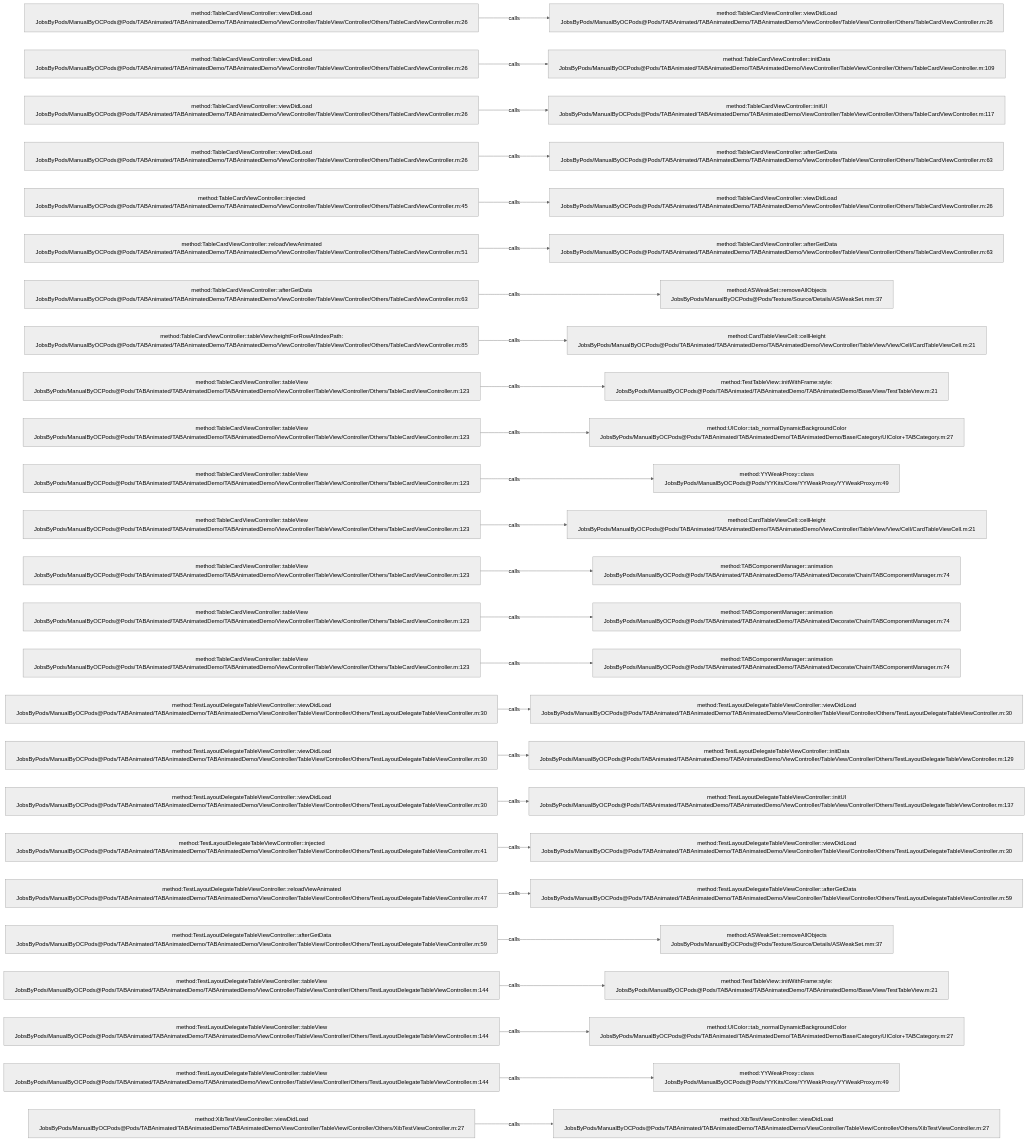
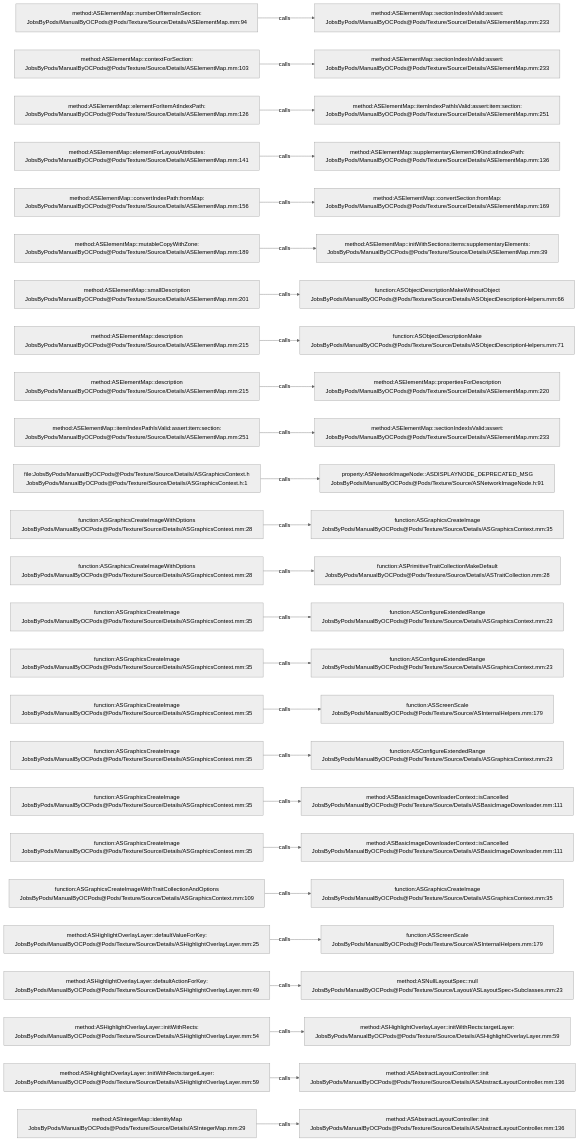
Before and after one commit to JobsKits/JobsOCBaseConfigDemo: the diagram in .codegraph/codegraph.md/graphs/calls-165.md, drawn with Mermaid (neutral theme). The commit also changed 2162 other files, not shown here.

````diff
--- a/.codegraph/codegraph.md/graphs/calls-165.md
+++ b/.codegraph/codegraph.md/graphs/calls-165.md
@@ -13,78 +13,78 @@
 ```mermaid
 flowchart LR
-  S1["method:TableCardViewController::viewDidLoad<br/>JobsByPods/ManualByOCPods@Pods/TABAnimated/TABAnimatedDemo/TABAnimatedDemo/ViewController/TableView/Controller/Others/TableCardViewController.m:26"]
-  T1["method:TableCardViewController::viewDidLoad<br/>JobsByPods/ManualByOCPods@Pods/TABAnimated/TABAnimatedDemo/TABAnimatedDemo/ViewController/TableView/Controller/Others/TableCardViewController.m:26"]
+  S1["method:ASElementMap::numberOfItemsInSection:<br/>JobsByPods/ManualByOCPods@Pods/Texture/Source/Details/ASElementMap.mm:94"]
+  T1["method:ASElementMap::sectionIndexIsValid:assert:<br/>JobsByPods/ManualByOCPods@Pods/Texture/Source/Details/ASElementMap.mm:233"]
   S1 -->|calls| T1
-  S2["method:TableCardViewController::viewDidLoad<br/>JobsByPods/ManualByOCPods@Pods/TABAnimated/TABAnimatedDemo/TABAnimatedDemo/ViewController/TableView/Controller/Others/TableCardViewController.m:26"]
-  T2["method:TableCardViewController::initData<br/>JobsByPods/ManualByOCPods@Pods/TABAnimated/TABAnimatedDemo/TABAnimatedDemo/ViewController/TableView/Controller/Others/TableCardViewController.m:109"]
+  S2["method:ASElementMap::contextForSection:<br/>JobsByPods/ManualByOCPods@Pods/Texture/Source/Details/ASElementMap.mm:103"]
+  T2["method:ASElementMap::sectionIndexIsValid:assert:<br/>JobsByPods/ManualByOCPods@Pods/Texture/Source/Details/ASElementMap.mm:233"]
   S2 -->|calls| T2
-  S3["method:TableCardViewController::viewDidLoad<br/>JobsByPods/ManualByOCPods@Pods/TABAnimated/TABAnimatedDemo/TABAnimatedDemo/ViewController/TableView/Controller/Others/TableCardViewController.m:26"]
-  T3["method:TableCardViewController::initUI<br/>JobsByPods/ManualByOCPods@Pods/TABAnimated/TABAnimatedDemo/TABAnimatedDemo/ViewController/TableView/Controller/Others/TableCardViewController.m:117"]
+  S3["method:ASElementMap::elementForItemAtIndexPath:<br/>JobsByPods/ManualByOCPods@Pods/Texture/Source/Details/ASElementMap.mm:126"]
+  T3["method:ASElementMap::itemIndexPathIsValid:assert:item:section:<br/>JobsByPods/ManualByOCPods@Pods/Texture/Source/Details/ASElementMap.mm:251"]
   S3 -->|calls| T3
-  S4["method:TableCardViewController::viewDidLoad<br/>JobsByPods/ManualByOCPods@Pods/TABAnimated/TABAnimatedDemo/TABAnimatedDemo/ViewController/TableView/Controller/Others/TableCardViewController.m:26"]
-  T4["method:TableCardViewController::afterGetData<br/>JobsByPods/ManualByOCPods@Pods/TABAnimated/TABAnimatedDemo/TABAnimatedDemo/ViewController/TableView/Controller/Others/TableCardViewController.m:63"]
+  S4["method:ASElementMap::elementForLayoutAttributes:<br/>JobsByPods/ManualByOCPods@Pods/Texture/Source/Details/ASElementMap.mm:141"]
+  T4["method:ASElementMap::supplementaryElementOfKind:atIndexPath:<br/>JobsByPods/ManualByOCPods@Pods/Texture/Source/Details/ASElementMap.mm:136"]
   S4 -->|calls| T4
-  S5["method:TableCardViewController::injected<br/>JobsByPods/ManualByOCPods@Pods/TABAnimated/TABAnimatedDemo/TABAnimatedDemo/ViewController/TableView/Controller/Others/TableCardViewController.m:45"]
-  T5["method:TableCardViewController::viewDidLoad<br/>JobsByPods/ManualByOCPods@Pods/TABAnimated/TABAnimatedDemo/TABAnimatedDemo/ViewController/TableView/Controller/Others/TableCardViewController.m:26"]
+  S5["method:ASElementMap::convertIndexPath:fromMap:<br/>JobsByPods/ManualByOCPods@Pods/Texture/Source/Details/ASElementMap.mm:156"]
+  T5["method:ASElementMap::convertSection:fromMap:<br/>JobsByPods/ManualByOCPods@Pods/Texture/Source/Details/ASElementMap.mm:169"]
   S5 -->|calls| T5
-  S6["method:TableCardViewController::reloadViewAnimated<br/>JobsByPods/ManualByOCPods@Pods/TABAnimated/TABAnimatedDemo/TABAnimatedDemo/ViewController/TableView/Controller/Others/TableCardViewController.m:51"]
-  T6["method:TableCardViewController::afterGetData<br/>JobsByPods/ManualByOCPods@Pods/TABAnimated/TABAnimatedDemo/TABAnimatedDemo/ViewController/TableView/Controller/Others/TableCardViewController.m:63"]
+  S6["method:ASElementMap::mutableCopyWithZone:<br/>JobsByPods/ManualByOCPods@Pods/Texture/Source/Details/ASElementMap.mm:189"]
+  T6["method:ASElementMap::initWithSections:items:supplementaryElements:<br/>JobsByPods/ManualByOCPods@Pods/Texture/Source/Details/ASElementMap.mm:39"]
   S6 -->|calls| T6
-  S7["method:TableCardViewController::afterGetData<br/>JobsByPods/ManualByOCPods@Pods/TABAnimated/TABAnimatedDemo/TABAnimatedDemo/ViewController/TableView/Controller/Others/TableCardViewController.m:63"]
-  T7["method:ASWeakSet::removeAllObjects<br/>JobsByPods/ManualByOCPods@Pods/Texture/Source/Details/ASWeakSet.mm:37"]
+  S7["method:ASElementMap::smallDescription<br/>JobsByPods/ManualByOCPods@Pods/Texture/Source/Details/ASElementMap.mm:201"]
+  T7["function:ASObjectDescriptionMakeWithoutObject<br/>JobsByPods/ManualByOCPods@Pods/Texture/Source/Details/ASObjectDescriptionHelpers.mm:66"]
   S7 -->|calls| T7
-  S8["method:TableCardViewController::tableView:heightForRowAtIndexPath:<br/>JobsByPods/ManualByOCPods@Pods/TABAnimated/TABAnimatedDemo/TABAnimatedDemo/ViewController/TableView/Controller/Others/TableCardViewController.m:85"]
-  T8["method:CardTableViewCell::cellHeight<br/>JobsByPods/ManualByOCPods@Pods/TABAnimated/TABAnimatedDemo/TABAnimatedDemo/ViewController/TableView/View/Cell/CardTableViewCell.m:21"]
+  S8["method:ASElementMap::description<br/>JobsByPods/ManualByOCPods@Pods/Texture/Source/Details/ASElementMap.mm:215"]
+  T8["function:ASObjectDescriptionMake<br/>JobsByPods/ManualByOCPods@Pods/Texture/Source/Details/ASObjectDescriptionHelpers.mm:71"]
   S8 -->|calls| T8
-  S9["method:TableCardViewController::tableView<br/>JobsByPods/ManualByOCPods@Pods/TABAnimated/TABAnimatedDemo/TABAnimatedDemo/ViewController/TableView/Controller/Others/TableCardViewController.m:123"]
-  T9["method:TestTableView::initWithFrame:style:<br/>JobsByPods/ManualByOCPods@Pods/TABAnimated/TABAnimatedDemo/TABAnimatedDemo/Base/View/TestTableView.m:21"]
+  S9["method:ASElementMap::description<br/>JobsByPods/ManualByOCPods@Pods/Texture/Source/Details/ASElementMap.mm:215"]
+  T9["method:ASElementMap::propertiesForDescription<br/>JobsByPods/ManualByOCPods@Pods/Texture/Source/Details/ASElementMap.mm:220"]
   S9 -->|calls| T9
-  S10["method:TableCardViewController::tableView<br/>JobsByPods/ManualByOCPods@Pods/TABAnimated/TABAnimatedDemo/TABAnimatedDemo/ViewController/TableView/Controller/Others/TableCardViewController.m:123"]
-  T10["method:UIColor::tab_normalDynamicBackgroundColor<br/>JobsByPods/ManualByOCPods@Pods/TABAnimated/TABAnimatedDemo/TABAnimatedDemo/Base/Category/UIColor+TABCategory.m:27"]
+  S10["method:ASElementMap::itemIndexPathIsValid:assert:item:section:<br/>JobsByPods/ManualByOCPods@Pods/Texture/Source/Details/ASElementMap.mm:251"]
+  T10["method:ASElementMap::sectionIndexIsValid:assert:<br/>JobsByPods/ManualByOCPods@Pods/Texture/Source/Details/ASElementMap.mm:233"]
   S10 -->|calls| T10
-  S11["method:TableCardViewController::tableView<br/>JobsByPods/ManualByOCPods@Pods/TABAnimated/TABAnimatedDemo/TABAnimatedDemo/ViewController/TableView/Controller/Others/TableCardViewController.m:123"]
-  T11["method:YYWeakProxy::class<br/>JobsByPods/ManualByOCPods@Pods/YYKits/Core/YYWeakProxy/YYWeakProxy.m:49"]
+  S11["file:JobsByPods/ManualByOCPods@Pods/Texture/Source/Details/ASGraphicsContext.h<br/>JobsByPods/ManualByOCPods@Pods/Texture/Source/Details/ASGraphicsContext.h:1"]
+  T11["property:ASNetworkImageNode::ASDISPLAYNODE_DEPRECATED_MSG<br/>JobsByPods/ManualByOCPods@Pods/Texture/Source/ASNetworkImageNode.h:91"]
   S11 -->|calls| T11
-  S12["method:TableCardViewController::tableView<br/>JobsByPods/ManualByOCPods@Pods/TABAnimated/TABAnimatedDemo/TABAnimatedDemo/ViewController/TableView/Controller/Others/TableCardViewController.m:123"]
-  T12["method:CardTableViewCell::cellHeight<br/>JobsByPods/ManualByOCPods@Pods/TABAnimated/TABAnimatedDemo/TABAnimatedDemo/ViewController/TableView/View/Cell/CardTableViewCell.m:21"]
+  S12["function:ASGraphicsCreateImageWithOptions<br/>JobsByPods/ManualByOCPods@Pods/Texture/Source/Details/ASGraphicsContext.mm:28"]
+  T12["function:ASGraphicsCreateImage<br/>JobsByPods/ManualByOCPods@Pods/Texture/Source/Details/ASGraphicsContext.mm:35"]
   S12 -->|calls| T12
-  S13["method:TableCardViewController::tableView<br/>JobsByPods/ManualByOCPods@Pods/TABAnimated/TABAnimatedDemo/TABAnimatedDemo/ViewController/TableView/Controller/Others/TableCardViewController.m:123"]
-  T13["method:TABComponentManager::animation<br/>JobsByPods/ManualByOCPods@Pods/TABAnimated/TABAnimatedDemo/TABAnimated/Decorate/Chain/TABComponentManager.m:74"]
+  S13["function:ASGraphicsCreateImageWithOptions<br/>JobsByPods/ManualByOCPods@Pods/Texture/Source/Details/ASGraphicsContext.mm:28"]
+  T13["function:ASPrimitiveTraitCollectionMakeDefault<br/>JobsByPods/ManualByOCPods@Pods/Texture/Source/Details/ASTraitCollection.mm:28"]
   S13 -->|calls| T13
-  S14["method:TableCardViewController::tableView<br/>JobsByPods/ManualByOCPods@Pods/TABAnimated/TABAnimatedDemo/TABAnimatedDemo/ViewController/TableView/Controller/Others/TableCardViewController.m:123"]
-  T14["method:TABComponentManager::animation<br/>JobsByPods/ManualByOCPods@Pods/TABAnimated/TABAnimatedDemo/TABAnimated/Decorate/Chain/TABComponentManager.m:74"]
+  S14["function:ASGraphicsCreateImage<br/>JobsByPods/ManualByOCPods@Pods/Texture/Source/Details/ASGraphicsContext.mm:35"]
+  T14["function:ASConfigureExtendedRange<br/>JobsByPods/ManualByOCPods@Pods/Texture/Source/Details/ASGraphicsContext.mm:23"]
   S14 -->|calls| T14
-  S15["method:TableCardViewController::tableView<br/>JobsByPods/ManualByOCPods@Pods/TABAnimated/TABAnimatedDemo/TABAnimatedDemo/ViewController/TableView/Controller/Others/TableCardViewController.m:123"]
-  T15["method:TABComponentManager::animation<br/>JobsByPods/ManualByOCPods@Pods/TABAnimated/TABAnimatedDemo/TABAnimated/Decorate/Chain/TABComponentManager.m:74"]
+  S15["function:ASGraphicsCreateImage<br/>JobsByPods/ManualByOCPods@Pods/Texture/Source/Details/ASGraphicsContext.mm:35"]
+  T15["function:ASConfigureExtendedRange<br/>JobsByPods/ManualByOCPods@Pods/Texture/Source/Details/ASGraphicsContext.mm:23"]
   S15 -->|calls| T15
-  S16["method:TestLayoutDelegateTableViewController::viewDidLoad<br/>JobsByPods/ManualByOCPods@Pods/TABAnimated/TABAnimatedDemo/TABAnimatedDemo/ViewController/TableView/Controller/Others/TestLayoutDelegateTableViewController.m:30"]
-  T16["method:TestLayoutDelegateTableViewController::viewDidLoad<br/>JobsByPods/ManualByOCPods@Pods/TABAnimated/TABAnimatedDemo/TABAnimatedDemo/ViewController/TableView/Controller/Others/TestLayoutDelegateTableViewController.m:30"]
+  S16["function:ASGraphicsCreateImage<br/>JobsByPods/ManualByOCPods@Pods/Texture/Source/Details/ASGraphicsContext.mm:35"]
+  T16["function:ASScreenScale<br/>JobsByPods/ManualByOCPods@Pods/Texture/Source/ASInternalHelpers.mm:179"]
   S16 -->|calls| T16
-  S17["method:TestLayoutDelegateTableViewController::viewDidLoad<br/>JobsByPods/ManualByOCPods@Pods/TABAnimated/TABAnimatedDemo/TABAnimatedDemo/ViewController/TableView/Controller/Others/TestLayoutDelegateTableViewController.m:30"]
-  T17["method:TestLayoutDelegateTableViewController::initData<br/>JobsByPods/ManualByOCPods@Pods/TABAnimated/TABAnimatedDemo/TABAnimatedDemo/ViewController/TableView/Controller/Others/TestLayoutDelegateTableViewController.m:129"]
+  S17["function:ASGraphicsCreateImage<br/>JobsByPods/ManualByOCPods@Pods/Texture/Source/Details/ASGraphicsContext.mm:35"]
+  T17["function:ASConfigureExtendedRange<br/>JobsByPods/ManualByOCPods@Pods/Texture/Source/Details/ASGraphicsContext.mm:23"]
   S17 -->|calls| T17
-  S18["method:TestLayoutDelegateTableViewController::viewDidLoad<br/>JobsByPods/ManualByOCPods@Pods/TABAnimated/TABAnimatedDemo/TABAnimatedDemo/ViewController/TableView/Controller/Others/TestLayoutDelegateTableViewController.m:30"]
-  T18["method:TestLayoutDelegateTableViewController::initUI<br/>JobsByPods/ManualByOCPods@Pods/TABAnimated/TABAnimatedDemo/TABAnimatedDemo/ViewController/TableView/Controller/Others/TestLayoutDelegateTableViewController.m:137"]
+  S18["function:ASGraphicsCreateImage<br/>JobsByPods/ManualByOCPods@Pods/Texture/Source/Details/ASGraphicsContext.mm:35"]
+  T18["method:ASBasicImageDownloaderContext::isCancelled<br/>JobsByPods/ManualByOCPods@Pods/Texture/Source/Details/ASBasicImageDownloader.mm:111"]
   S18 -->|calls| T18
-  S19["method:TestLayoutDelegateTableViewController::injected<br/>JobsByPods/ManualByOCPods@Pods/TABAnimated/TABAnimatedDemo/TABAnimatedDemo/ViewController/TableView/Controller/Others/TestLayoutDelegateTableViewController.m:41"]
-  T19["method:TestLayoutDelegateTableViewController::viewDidLoad<br/>JobsByPods/ManualByOCPods@Pods/TABAnimated/TABAnimatedDemo/TABAnimatedDemo/ViewController/TableView/Controller/Others/TestLayoutDelegateTableViewController.m:30"]
+  S19["function:ASGraphicsCreateImage<br/>JobsByPods/ManualByOCPods@Pods/Texture/Source/Details/ASGraphicsContext.mm:35"]
+  T19["method:ASBasicImageDownloaderContext::isCancelled<br/>JobsByPods/ManualByOCPods@Pods/Texture/Source/Details/ASBasicImageDownloader.mm:111"]
   S19 -->|calls| T19
-  S20["method:TestLayoutDelegateTableViewController::reloadViewAnimated<br/>JobsByPods/ManualByOCPods@Pods/TABAnimated/TABAnimatedDemo/TABAnimatedDemo/ViewController/TableView/Controller/Others/TestLayoutDelegateTableViewController.m:47"]
-  T20["method:TestLayoutDelegateTableViewController::afterGetData<br/>JobsByPods/ManualByOCPods@Pods/TABAnimated/TABAnimatedDemo/TABAnimatedDemo/ViewController/TableView/Controller/Others/TestLayoutDelegateTableViewController.m:59"]
+  S20["function:ASGraphicsCreateImageWithTraitCollectionAndOptions<br/>JobsByPods/ManualByOCPods@Pods/Texture/Source/Details/ASGraphicsContext.mm:109"]
+  T20["function:ASGraphicsCreateImage<br/>JobsByPods/ManualByOCPods@Pods/Texture/Source/Details/ASGraphicsContext.mm:35"]
   S20 -->|calls| T20
-  S21["method:TestLayoutDelegateTableViewController::afterGetData<br/>JobsByPods/ManualByOCPods@Pods/TABAnimated/TABAnimatedDemo/TABAnimatedDemo/ViewController/TableView/Controller/Others/TestLayoutDelegateTableViewController.m:59"]
-  T21["method:ASWeakSet::removeAllObjects<br/>JobsByPods/ManualByOCPods@Pods/Texture/Source/Details/ASWeakSet.mm:37"]
+  S21["method:ASHighlightOverlayLayer::defaultValueForKey:<br/>JobsByPods/ManualByOCPods@Pods/Texture/Source/Details/ASHighlightOverlayLayer.mm:25"]
+  T21["function:ASScreenScale<br/>JobsByPods/ManualByOCPods@Pods/Texture/Source/ASInternalHelpers.mm:179"]
   S21 -->|calls| T21
-  S22["method:TestLayoutDelegateTableViewController::tableView<br/>JobsByPods/ManualByOCPods@Pods/TABAnimated/TABAnimatedDemo/TABAnimatedDemo/ViewController/TableView/Controller/Others/TestLayoutDelegateTableViewController.m:144"]
-  T22["method:TestTableView::initWithFrame:style:<br/>JobsByPods/ManualByOCPods@Pods/TABAnimated/TABAnimatedDemo/TABAnimatedDemo/Base/View/TestTableView.m:21"]
+  S22["method:ASHighlightOverlayLayer::defaultActionForKey:<br/>JobsByPods/ManualByOCPods@Pods/Texture/Source/Details/ASHighlightOverlayLayer.mm:49"]
+  T22["method:ASNullLayoutSpec::null<br/>JobsByPods/ManualByOCPods@Pods/Texture/Source/Layout/ASLayoutSpec+Subclasses.mm:23"]
   S22 -->|calls| T22
-  S23["method:TestLayoutDelegateTableViewController::tableView<br/>JobsByPods/ManualByOCPods@Pods/TABAnimated/TABAnimatedDemo/TABAnimatedDemo/ViewController/TableView/Controller/Others/TestLayoutDelegateTableViewController.m:144"]
-  T23["method:UIColor::tab_normalDynamicBackgroundColor<br/>JobsByPods/ManualByOCPods@Pods/TABAnimated/TABAnimatedDemo/TABAnimatedDemo/Base/Category/UIColor+TABCategory.m:27"]
+  S23["method:ASHighlightOverlayLayer::initWithRects:<br/>JobsByPods/ManualByOCPods@Pods/Texture/Source/Details/ASHighlightOverlayLayer.mm:54"]
+  T23["method:ASHighlightOverlayLayer::initWithRects:targetLayer:<br/>JobsByPods/ManualByOCPods@Pods/Texture/Source/Details/ASHighlightOverlayLayer.mm:59"]
   S23 -->|calls| T23
-  S24["method:TestLayoutDelegateTableViewController::tableView<br/>JobsByPods/ManualByOCPods@Pods/TABAnimated/TABAnimatedDemo/TABAnimatedDemo/ViewController/TableView/Controller/Others/TestLayoutDelegateTableViewController.m:144"]
-  T24["method:YYWeakProxy::class<br/>JobsByPods/ManualByOCPods@Pods/YYKits/Core/YYWeakProxy/YYWeakProxy.m:49"]
+  S24["method:ASHighlightOverlayLayer::initWithRects:targetLayer:<br/>JobsByPods/ManualByOCPods@Pods/Texture/Source/Details/ASHighlightOverlayLayer.mm:59"]
+  T24["method:ASAbstractLayoutController::init<br/>JobsByPods/ManualByOCPods@Pods/Texture/Source/Details/ASAbstractLayoutController.mm:136"]
   S24 -->|calls| T24
-  S25["method:XibTestViewController::viewDidLoad<br/>JobsByPods/ManualByOCPods@Pods/TABAnimated/TABAnimatedDemo/TABAnimatedDemo/ViewController/TableView/Controller/Others/XibTestViewController.m:27"]
-  T25["method:XibTestViewController::viewDidLoad<br/>JobsByPods/ManualByOCPods@Pods/TABAnimated/TABAnimatedDemo/TABAnimatedDemo/ViewController/TableView/Controller/Others/XibTestViewController.m:27"]
+  S25["method:ASIntegerMap::identityMap<br/>JobsByPods/ManualByOCPods@Pods/Texture/Source/Details/ASIntegerMap.mm:29"]
+  T25["method:ASAbstractLayoutController::init<br/>JobsByPods/ManualByOCPods@Pods/Texture/Source/Details/ASAbstractLayoutController.mm:136"]
   S25 -->|calls| T25
 ```
````
